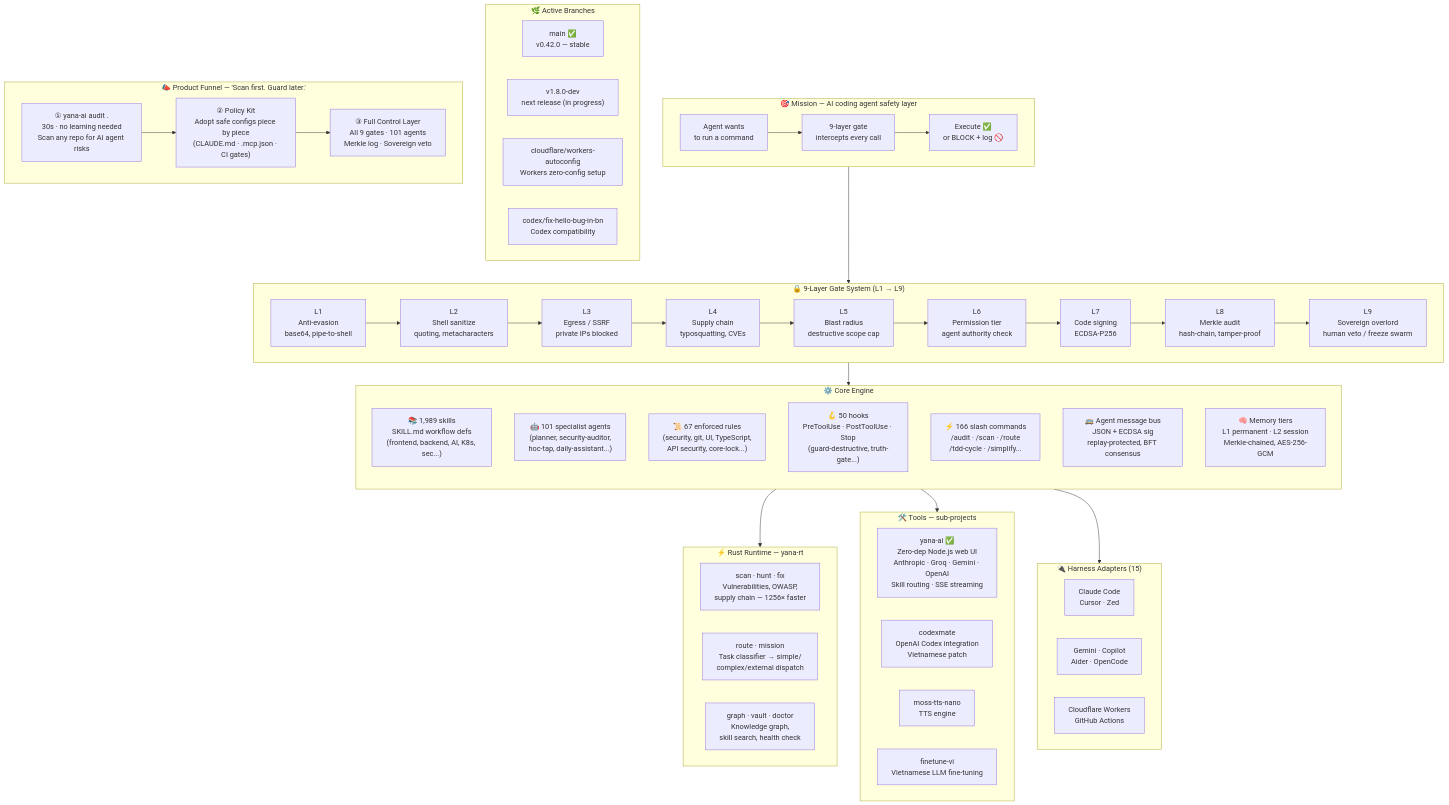
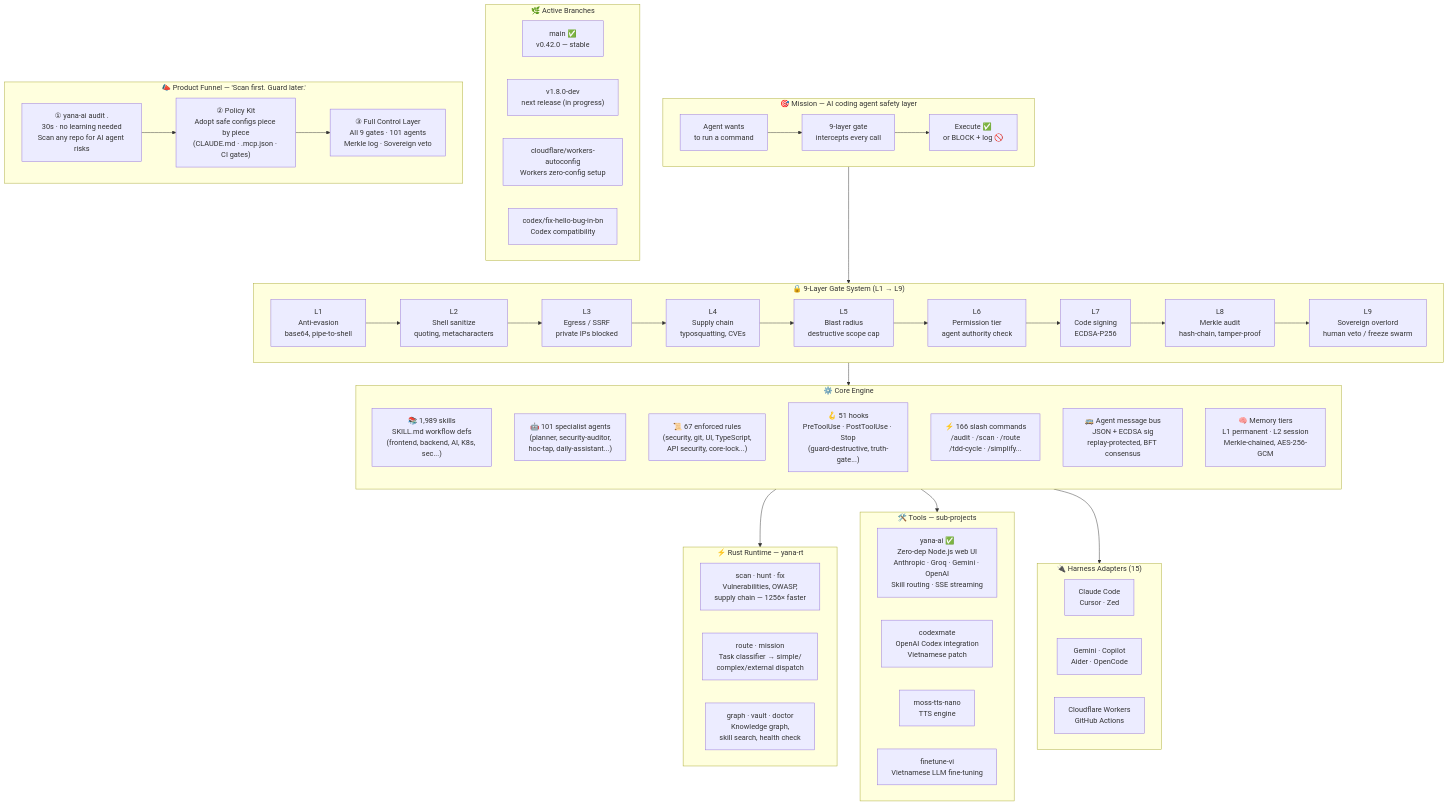
One commit to yanacuti1121/Yana-AI changed the diagram in README.md. Above: the diagram before and after it, drawn with Mermaid. The commit also changed other lines of this file and 37 other files, not shown here.

```diff
--- a/README.md
+++ b/README.md
@@ -186,7 +186,7 @@
         SKILLS["📚 1,989 skills\nSKILL.md workflow defs\n(frontend, backend, AI, K8s, sec...)"]
         AGENTS["🤖 101 specialist agents\n(planner, security-auditor,\nhoc-tap, daily-assistant...)"]
         RULES["📜 67 enforced rules\n(security, git, UI, TypeScript,\nAPI security, core-lock...)"]
-        HOOKS["🪝 50 hooks\nPreToolUse · PostToolUse · Stop\n(guard-destructive, truth-gate...)"]
+        HOOKS["🪝 51 hooks\nPreToolUse · PostToolUse · Stop\n(guard-destructive, truth-gate...)"]
         CMDS["⚡ 166 slash commands\n/audit · /scan · /route\n/tdd-cycle · /simplify..."]
         BUS["🚌 Agent message bus\nJSON + ECDSA sig\nreplay-protected, BFT consensus"]
         MEM["🧠 Memory tiers\nL1 permanent · L2 session\nMerkle-chained, AES-256-GCM"]
```
